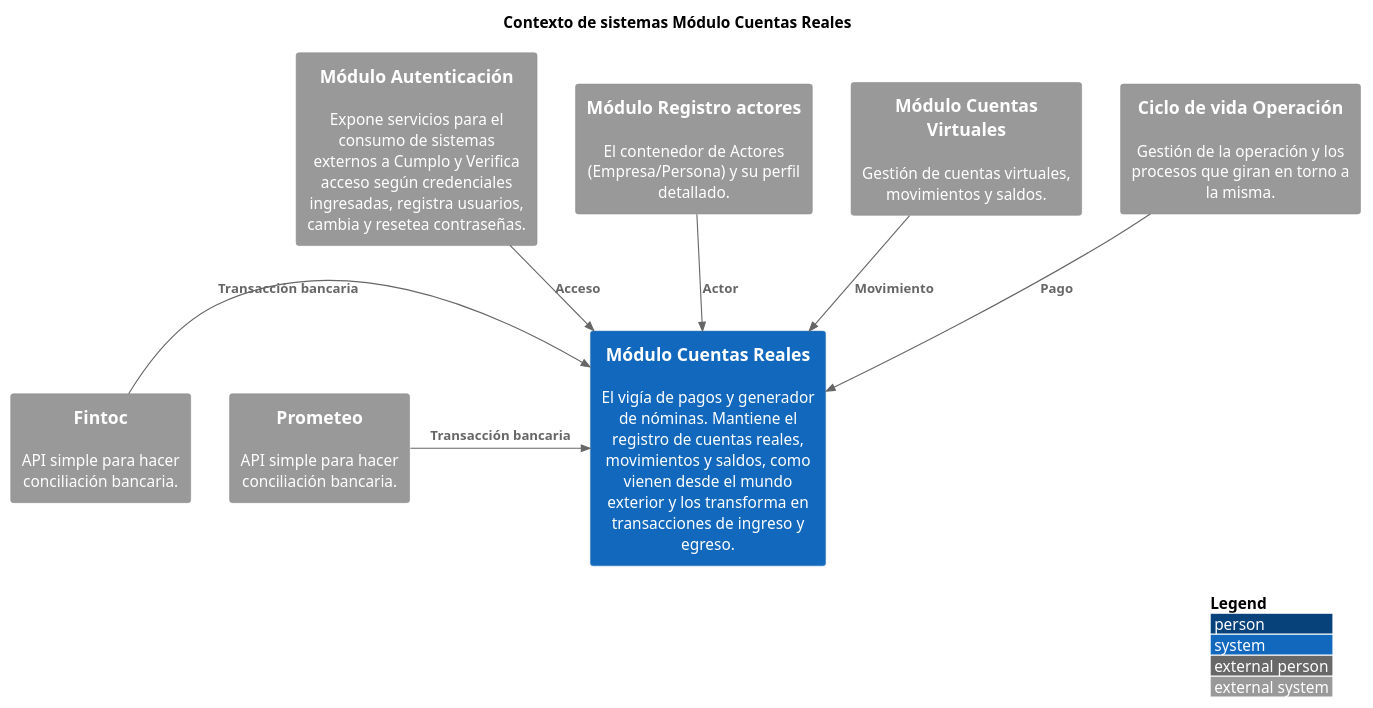
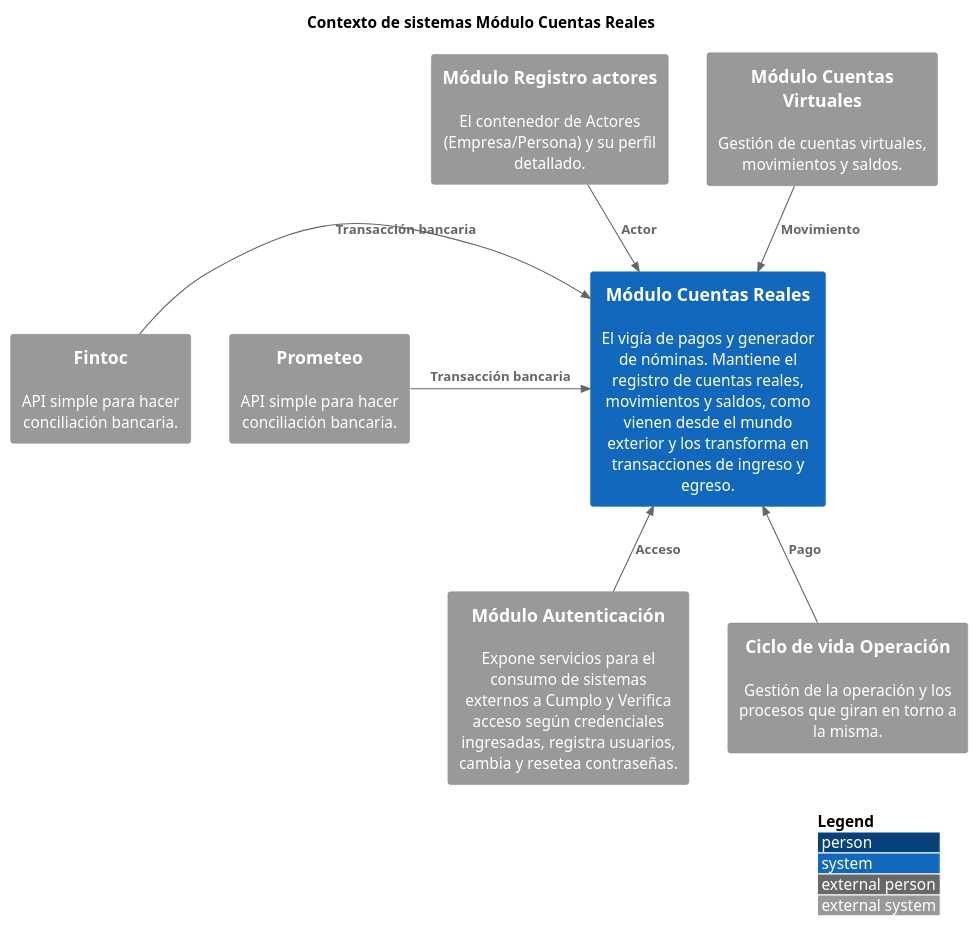
Before and after one commit to kpeet/koyweC4: the diagram in CuentasReales/ContextoCuentasReales.puml, drawn with PlantUML.

Commit message:
detalle orden contexto cuentas reales

```diff
--- a/CuentasReales/ContextoCuentasReales.puml
+++ b/CuentasReales/ContextoCuentasReales.puml
@@ -1,37 +1,37 @@
 @startuml ContextoCuentasReales
 !include https://raw.githubusercontent.com/plantuml-stdlib/C4-PlantUML/master/C4_Context.puml
 ' uncomment the following line and comment the first to use locally
 ' !include C4_Context.puml
 
 LAYOUT_WITH_LEGEND()
 
 title Contexto de sistemas Módulo Cuentas Reales
 
 System( modulo_cuentas_reales, "Módulo Cuentas Reales", "El vigía de pagos y generador de nóminas. Mantiene el registro de cuentas reales, movimientos y saldos, como vienen desde el mundo exterior y los transforma en transacciones de ingreso y egreso.")
 
 
 System_Ext(modulo_autenticacion, "Módulo Autenticación", "Expone servicios para el consumo de sistemas externos a Cumplo y Verifica acceso según credenciales ingresadas, registra usuarios, cambia y resetea contraseñas.")
 System_Ext(modulo_registro_actores, "Módulo Registro actores", "El contenedor de Actores (Empresa/Persona) y su perfil detallado.")
 System_Ext(modulo_cuentas_virtuales, "Módulo Cuentas Virtuales", "Gestión de cuentas virtuales, movimientos y saldos.")
 System_Ext(modulo_operaciones, "Ciclo de vida Operación", "Gestión de la operación y los procesos que giran en torno a la misma.")
 
 System_Ext(fintoc, "Fintoc", "API simple para hacer conciliación bancaria.")
 System_Ext(prometeo, "Prometeo", "API simple para hacer conciliación bancaria.")
 
 
 
 'Relaciones sistema/módulos
 
 Rel(modulo_registro_actores, modulo_cuentas_reales, "Actor")
 Rel(modulo_cuentas_virtuales, modulo_cuentas_reales, "Movimiento")
-Rel(modulo_operaciones, modulo_cuentas_reales, "Pago")
-Rel(modulo_autenticacion, modulo_cuentas_reales, "Acceso")
+Rel_U(modulo_operaciones, modulo_cuentas_reales, "Pago")
+Rel_U(modulo_autenticacion, modulo_cuentas_reales, "Acceso")
 
 'Relaciones módulos/sistemas externos
 Rel_R( fintoc, modulo_cuentas_reales, "Transacción bancaria")
 Rel_R( prometeo, modulo_cuentas_reales, "Transacción bancaria")
 
 
 
 
 @enduml
```
